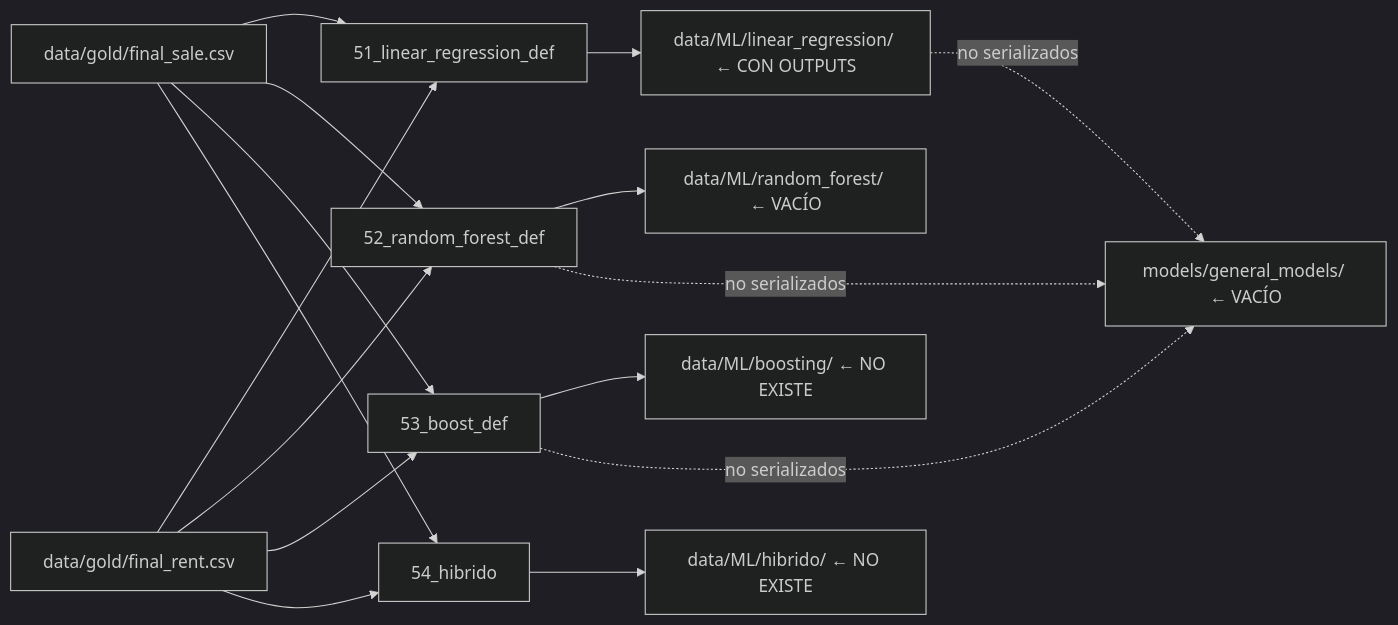
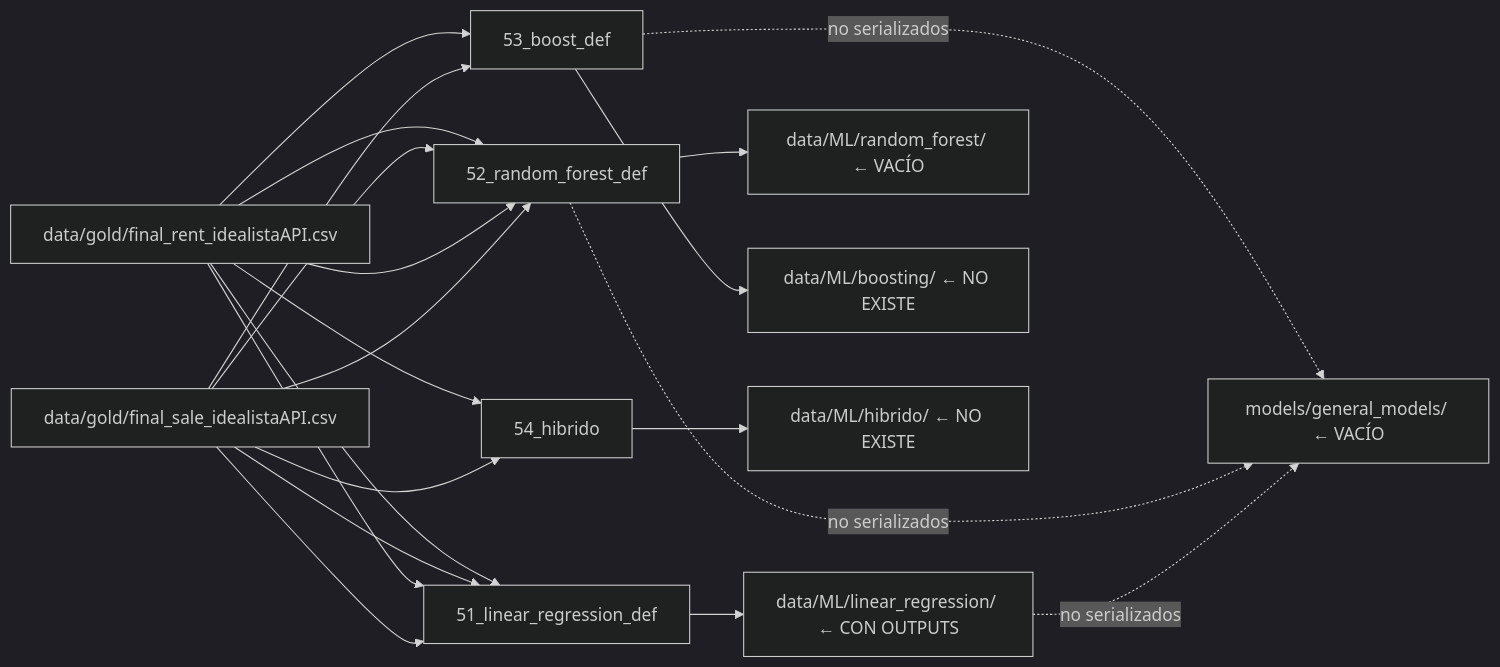
The third of 4 diagrams in docs/estructura_completa_repositorio.md (sitomachu/bezanillasl), drawn with Mermaid (dark theme) before and after one commit. The commit also changed other lines of this file, not shown here.

````diff
--- a/docs/estructura_completa_repositorio.md
+++ b/docs/estructura_completa_repositorio.md
@@ -742,20 +768,25 @@
 ```mermaid
 graph LR
     G1[data/gold/final_sale.csv] --> NB51[51_linear_regression_def]
     G2[data/gold/final_rent.csv] --> NB51
     G1 --> NB52[52_random_forest_def]
     G2 --> NB52
     G1 --> NB53[53_boost_def]
     G2 --> NB53
     G1 --> NB54[54_hibrido]
     G2 --> NB54
 
     NB51 --> ML1[data/ML/linear_regression/ ← CON OUTPUTS]
     NB52 --> ML2[data/ML/random_forest/ ← VACÍO]
     NB53 --> ML3[data/ML/boosting/ ← NO EXISTE]
     NB54 --> ML4[data/ML/hibrido/ ← NO EXISTE]
 
+    G1[data/gold/final_sale_idealistaAPI.csv] --> NB51
+    G2[data/gold/final_rent_idealistaAPI.csv] --> NB51
+    G1 --> NB52
+    G2 --> NB52
+
     ML1 -.->|no serializados| M1[models/general_models/ ← VACÍO]
     NB52 -.->|no serializados| M1
     NB53 -.->|no serializados| M1
 ```
````
